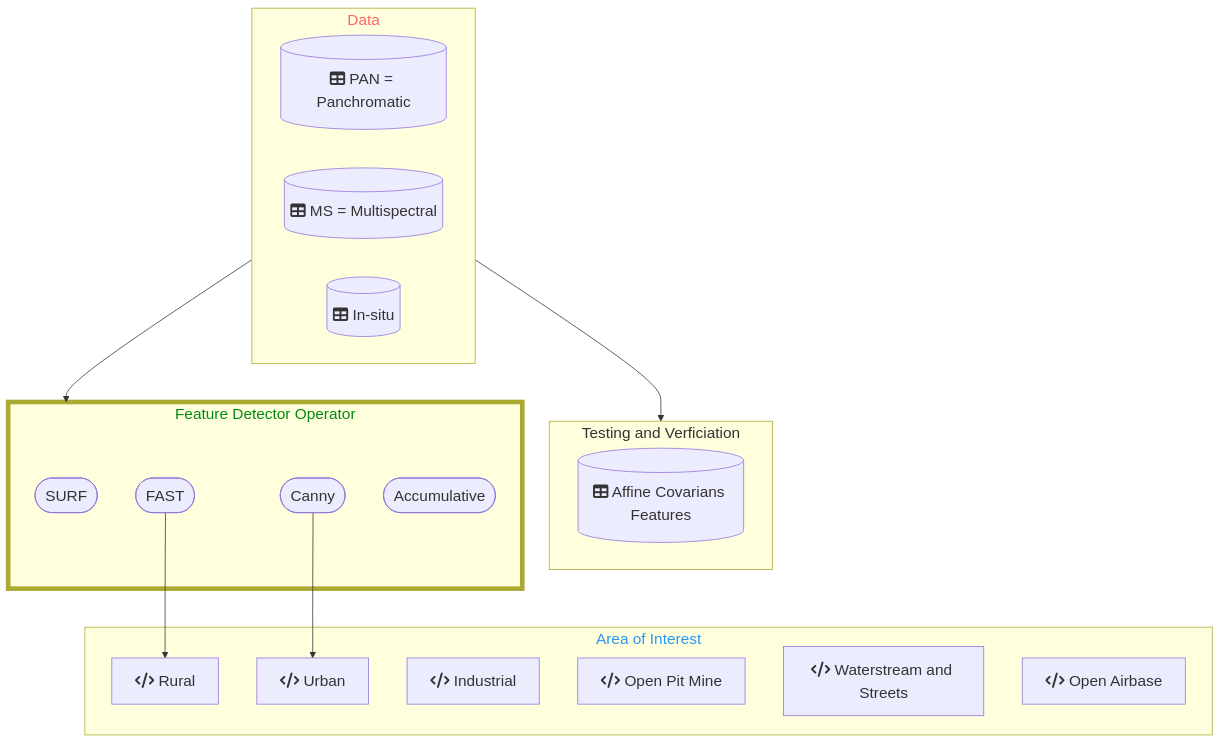
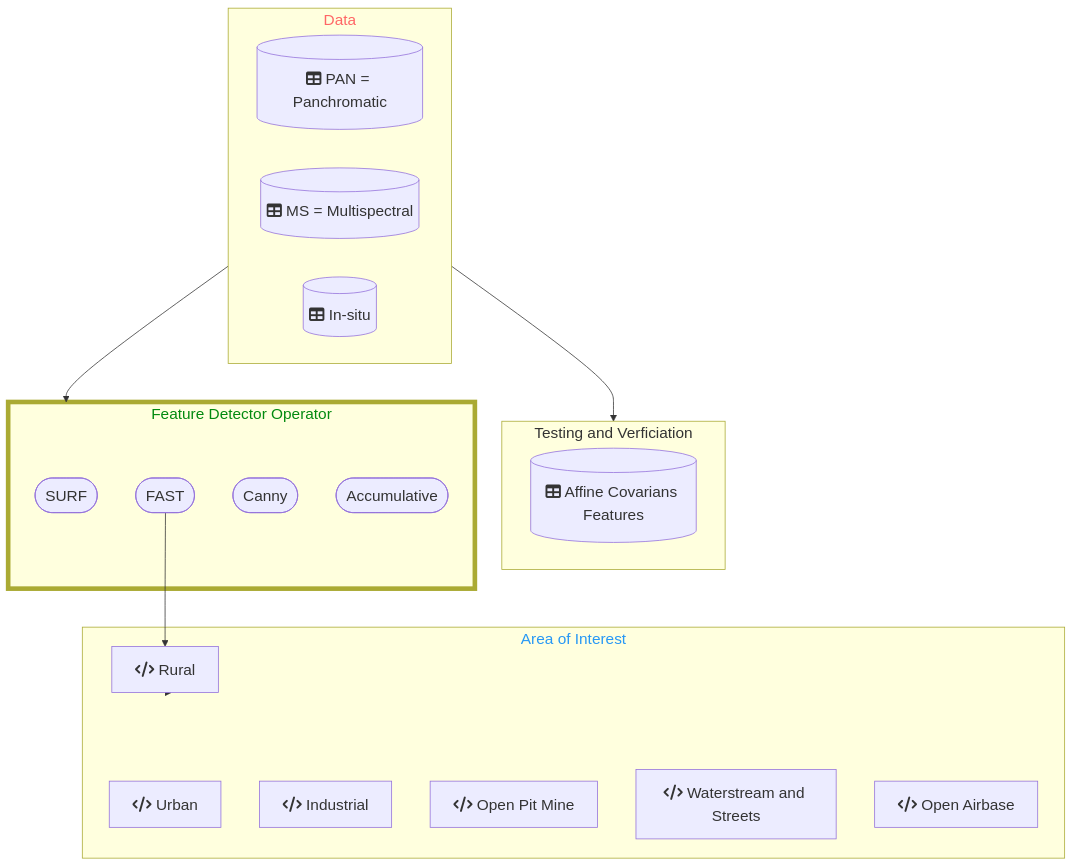
The diagram in Application/README.md (DippoldEJ/Feature-Detection-and-Explanation), drawn with Mermaid before and after one commit.

````diff
--- a/Application/README.md
+++ b/Application/README.md
@@ -13,46 +13,46 @@
 ```mermaid
 flowchart TD;
 %%{init: {
 	'themeVariables': { 'fontSize': '20px', 'fontFamily': 'Didot'}
 	}
 }%%
 
  subgraph n[Data]
         direction LR
         h[(fa:fa-table PAN = Panchromatic)]
         g[(fa:fa-table MS = Multispectral)]
 		s[(fa:fa-table In-situ)]
     end
 
  subgraph q[Testing and Verficiation]
         direction LR
         r[(fa:fa-table Affine Covarians Features)]
     end
 
  subgraph o[Feature Detector Operator]
         j([SURF])
         k([FAST])
         l([Canny])
         m([Accumulative])
     end
 
 subgraph p[Area of Interest]
     a[fa:fa-code Rural]
     b[fa:fa-code Urban]
     c[fa:fa-code Industrial]
     d[fa:fa-code Open Pit Mine]
     e[fa:fa-code Waterstream and Streets]
     f[fa:fa-code Open Airbase]
     end
 
 style n color:#f66
 style o stroke-width:6px
 style o color:#028A0F
 style p color:#2798F5
 
 n-->o
 k-->a
-l-->b
+o-->p
 n-->q
 
 ```
````
